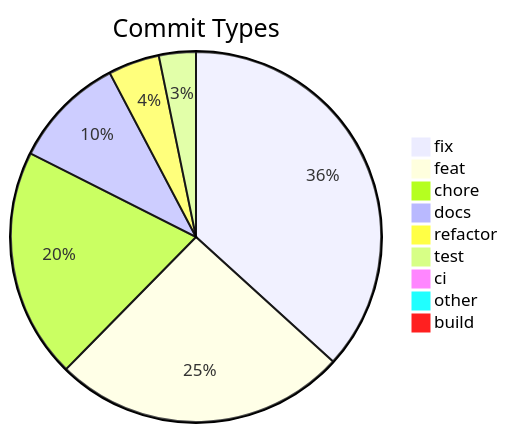
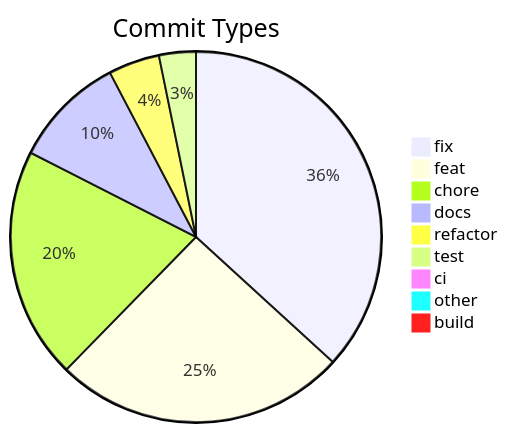
Before and after one commit to svenroth-ai/shipwright-webui: the diagram in .shipwright/compliance/change-history.md, drawn with Mermaid. The commit also changed other lines of this file and 16 other files, not shown here.

````diff
--- a/.shipwright/compliance/change-history.md
+++ b/.shipwright/compliance/change-history.md
@@ -8,12 +8,12 @@
 ```mermaid
 pie title Commit Types
-    "fix" : 205
+    "fix" : 206
     "feat" : 143
-    "chore" : 112
+    "chore" : 113
     "docs" : 55
     "refactor" : 25
     "test" : 18
     "ci" : 5
     "other" : 4
     "build" : 1
 ```
````
